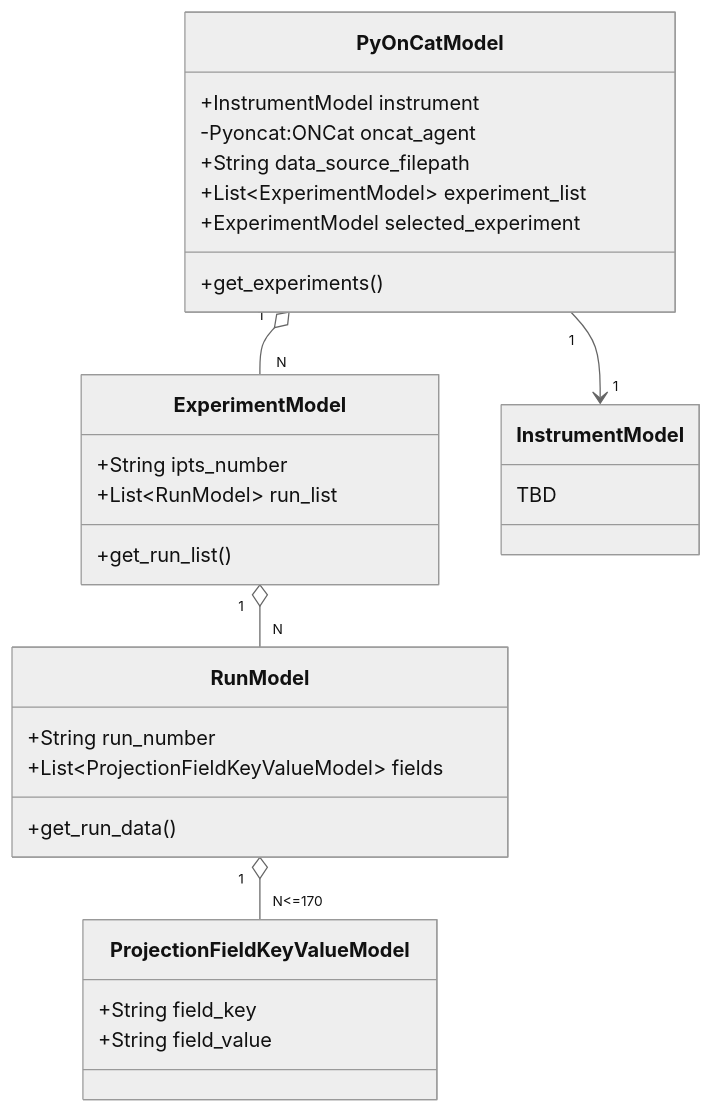
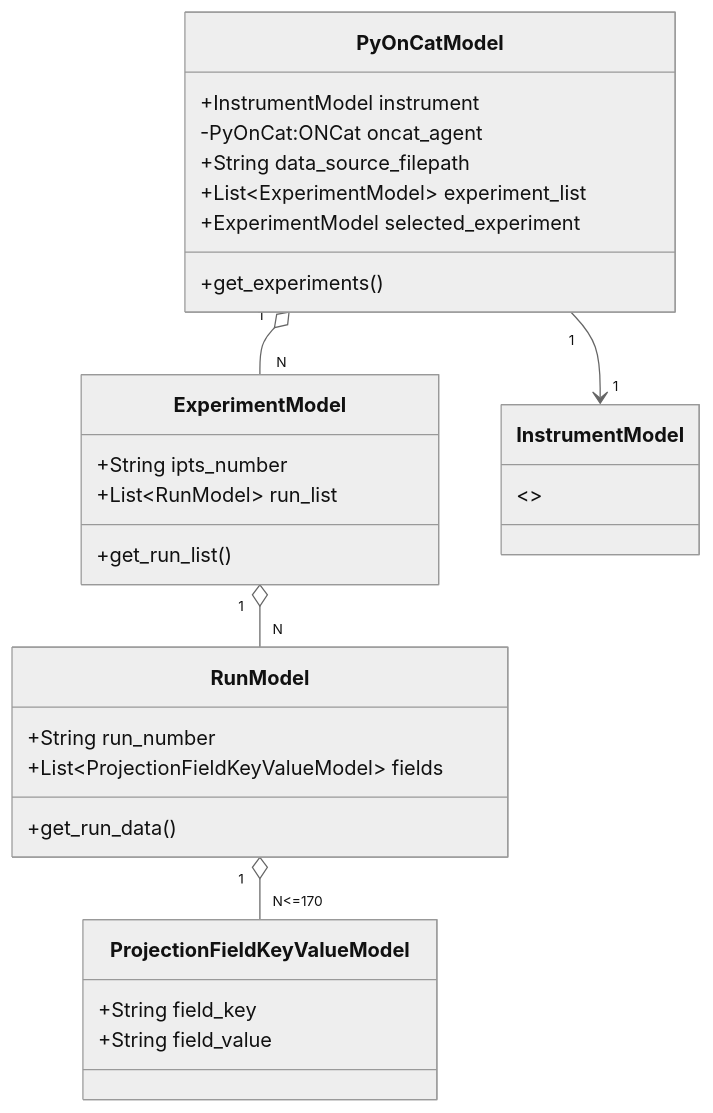
The diagram in docs/source/design/oncat_general.rst (neutrons/garnet), drawn with Mermaid (neutral theme) before and after one commit. The commit also changed other lines of this file and 1 other file, not shown here.

```diff
--- a/docs/source/design/oncat_general.rst
+++ b/docs/source/design/oncat_general.rst
@@ -15,38 +17,38 @@
 .. mermaid::
 
  classDiagram
     PyOnCatModel "1" o--"N" ExperimentModel
     ExperimentModel "1" o--"N" RunModel
     PyOnCatModel "1" -->"1" InstrumentModel
     RunModel "1" o--"N<=170" ProjectionFieldKeyValueModel
 
     class PyOnCatModel{
         +InstrumentModel instrument
-        -Pyoncat:ONCat oncat_agent
+        -PyOnCat:ONCat oncat_agent
         +String data_source_filepath
         +List~ExperimentModel~ experiment_list
         +ExperimentModel selected_experiment
         +get_experiments()
     }
 
     class InstrumentModel{
-        TBD
+        <>
     }
 
 
     class ExperimentModel{
         +String ipts_number
         +List~RunModel~ run_list
         +get_run_list()
     }
 
     class RunModel{
         +String run_number
         +List~ProjectionFieldKeyValueModel~ fields
         +get_run_data()
 
     }
     class ProjectionFieldKeyValueModel{
         +String field_key
         +String field_value
     }
```
